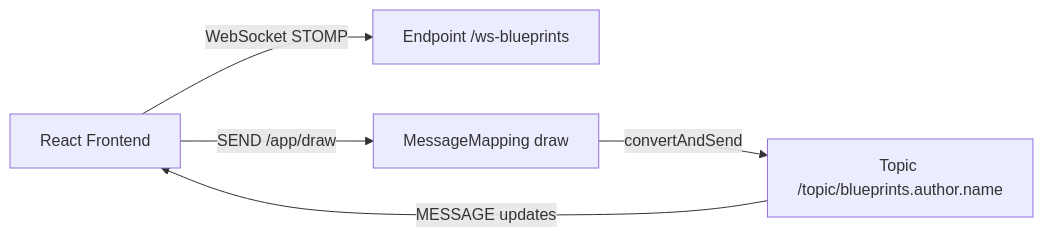
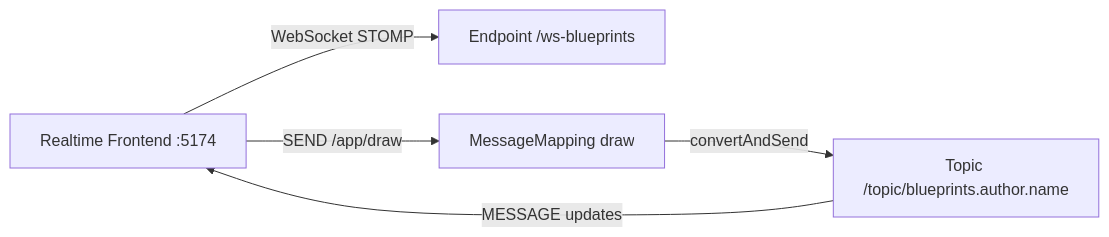
One commit to TerraFour-ECI/blueprints-example-backend-stomp changed the diagram in README.md. Above: the diagram before and after it, drawn with Mermaid. The commit also changed other lines of this file and 8 other files, not shown here.

Commit message:
docs(readme): modernize stomp backend docs and evidence flow

````diff
--- a/README.md
+++ b/README.md
@@ -50,7 +36,7 @@
 ```mermaid
 flowchart LR
-  FE["React Frontend"] -->|"WebSocket STOMP"| WS["Endpoint /ws-blueprints"]
+  FE["Realtime Frontend :5174"] -->|"WebSocket STOMP"| WS["Endpoint /ws-blueprints"]
   FE -->|"SEND /app/draw"| CTRL["MessageMapping draw"]
   CTRL -->|"convertAndSend"| TOPIC["Topic /topic/blueprints.author.name"]
   TOPIC -->|"MESSAGE updates"| FE
 ```
````
